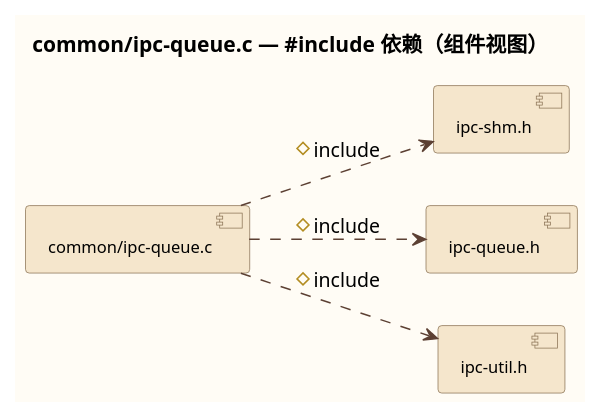
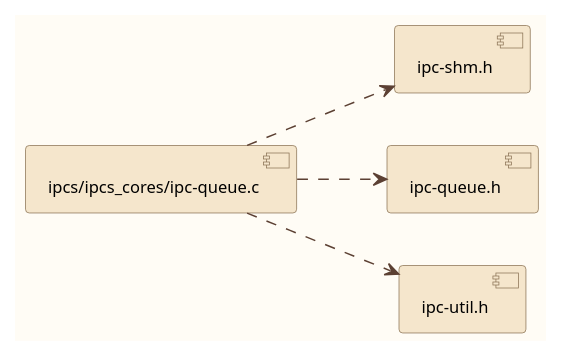
The diagram in c1_sdd_linux-ipcs/cursor_tmp/files_32_umls/3_2_2.puml (Mastang1/sad_sdd_proj), drawn with PlantUML before and after one commit. The commit also changed 232 other files, not shown here.

```diff
--- a/c1_sdd_linux-ipcs/cursor_tmp/files_32_umls/3_2_2.puml
+++ b/c1_sdd_linux-ipcs/cursor_tmp/files_32_umls/3_2_2.puml
@@ -1,26 +1,25 @@
 @startuml
 skinparam backgroundColor #FFFCF5
 skinparam component {
   BackgroundColor #F5E6CC
   BorderColor #8B7355
   FontSize 11
 }
 skinparam package {
   BackgroundColor #FAF0E0
   BorderColor #A08060
 }
 skinparam arrowColor #5C4033
 skinparam note {
   BackgroundColor #FFF8E8
   BorderColor #B89968
 }
 left to right direction
-title common/ipc-queue.c — #include 依赖（组件视图）
-component [common/ipc-queue.c] as SRC
+component [ipcs/ipcs_cores/ipc-queue.c] as SRC
 component [ipc-shm.h] as H0
 component [ipc-queue.h] as H1
 component [ipc-util.h] as H2
-SRC ..> H0 : #include
-SRC ..> H1 : #include
-SRC ..> H2 : #include
+SRC ..> H0
+SRC ..> H1
+SRC ..> H2
 @enduml
```
